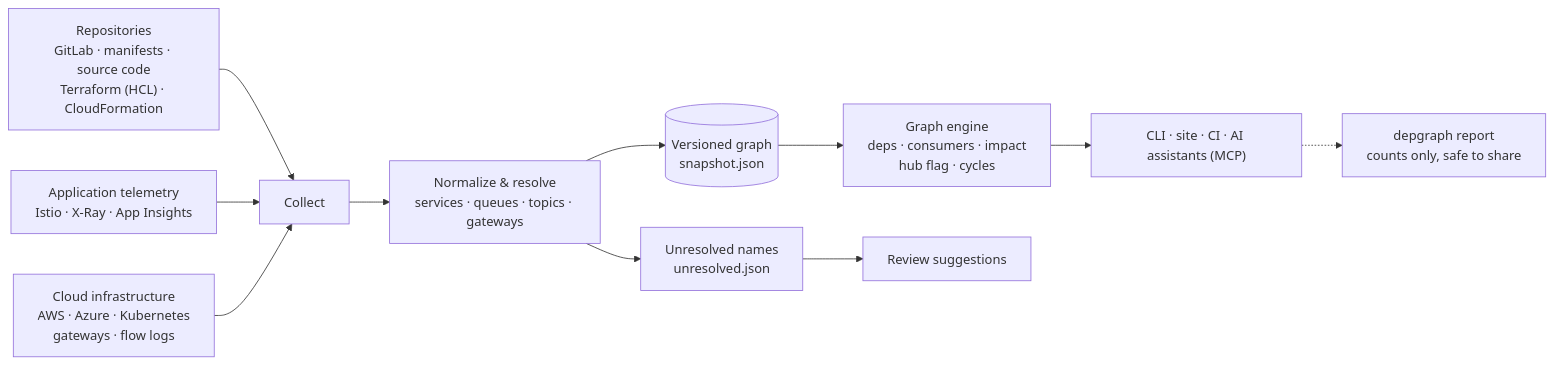
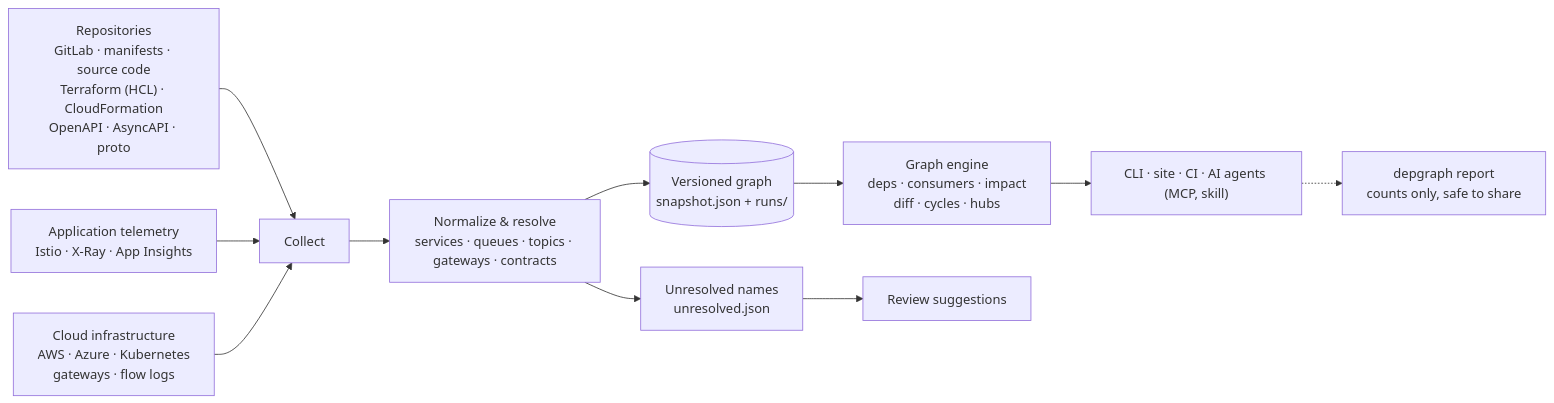
One commit to DennisvDijk/dependency-graph changed the diagram in README.md. Above: the diagram before and after it, drawn with Mermaid. The commit also changed other lines of this file, not shown here.

````diff
--- a/README.md
+++ b/README.md
@@ -34,13 +75,13 @@
 ```mermaid
 flowchart LR
-    A["Repositories<br/>GitLab · manifests · source code<br/>Terraform (HCL) · CloudFormation"] --> D["Collect"]
+    A["Repositories<br/>GitLab · manifests · source code<br/>Terraform (HCL) · CloudFormation<br/>OpenAPI · AsyncAPI · proto"] --> D["Collect"]
     B["Application telemetry<br/>Istio · X-Ray · App Insights"] --> D
     C["Cloud infrastructure<br/>AWS · Azure · Kubernetes<br/>gateways · flow logs"] --> D
-    D --> E["Normalize & resolve<br/>services · queues · topics · gateways"]
-    E --> F[("Versioned graph<br/>snapshot.json")]
+    D --> E["Normalize & resolve<br/>services · queues · topics · gateways · contracts"]
+    E --> F[("Versioned graph<br/>snapshot.json + runs/")]
     E --> G["Unresolved names<br/>unresolved.json"]
-    F --> J["Graph engine<br/>deps · consumers · impact<br/>hub flag · cycles"]
-    J --> H["CLI · site · CI · AI assistants (MCP)"]
+    F --> J["Graph engine<br/>deps · consumers · impact<br/>diff · cycles · hubs"]
+    J --> H["CLI · site · CI · AI agents (MCP, skill)"]
     G --> I["Review suggestions"]
     H -.-> K["depgraph report<br/>counts only, safe to share"]
 ```
````
